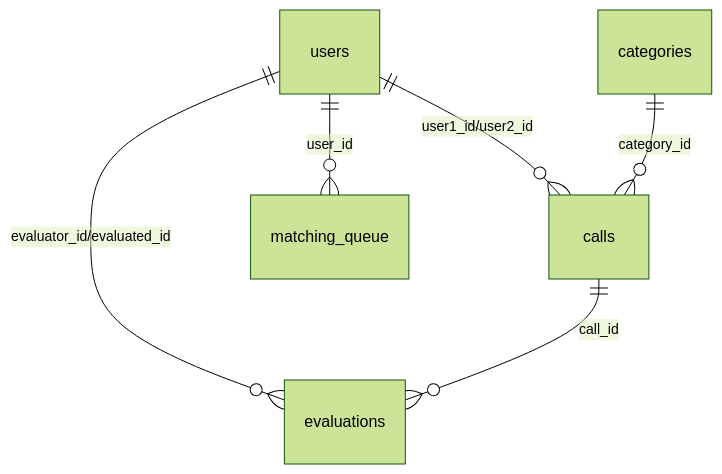
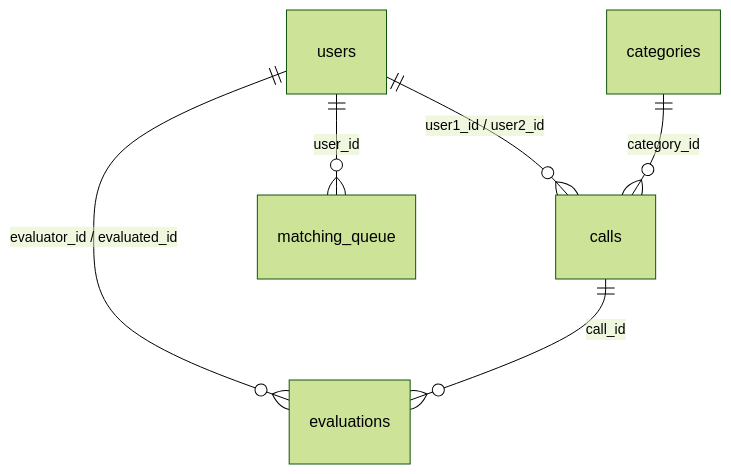
The first of 3 diagrams in README.md (chingoo-haja/Chingoo-Backend), drawn with Mermaid (forest theme) before and after one commit. The commit also changed other lines of this file, not shown here.

````diff
--- a/README.md
+++ b/README.md
@@ -168,8 +95,8 @@
 ```mermaid
 erDiagram
-    users ||--o{ calls : "user1_id/user2_id"
+    users ||--o{ calls : "user1_id / user2_id"
     users ||--o{ matching_queue : "user_id"
-    users ||--o{ evaluations : "evaluator_id/evaluated_id"
+    users ||--o{ evaluations : "evaluator_id / evaluated_id"
     categories ||--o{ calls : "category_id"
     calls ||--o{ evaluations : "call_id"
 ```
````
